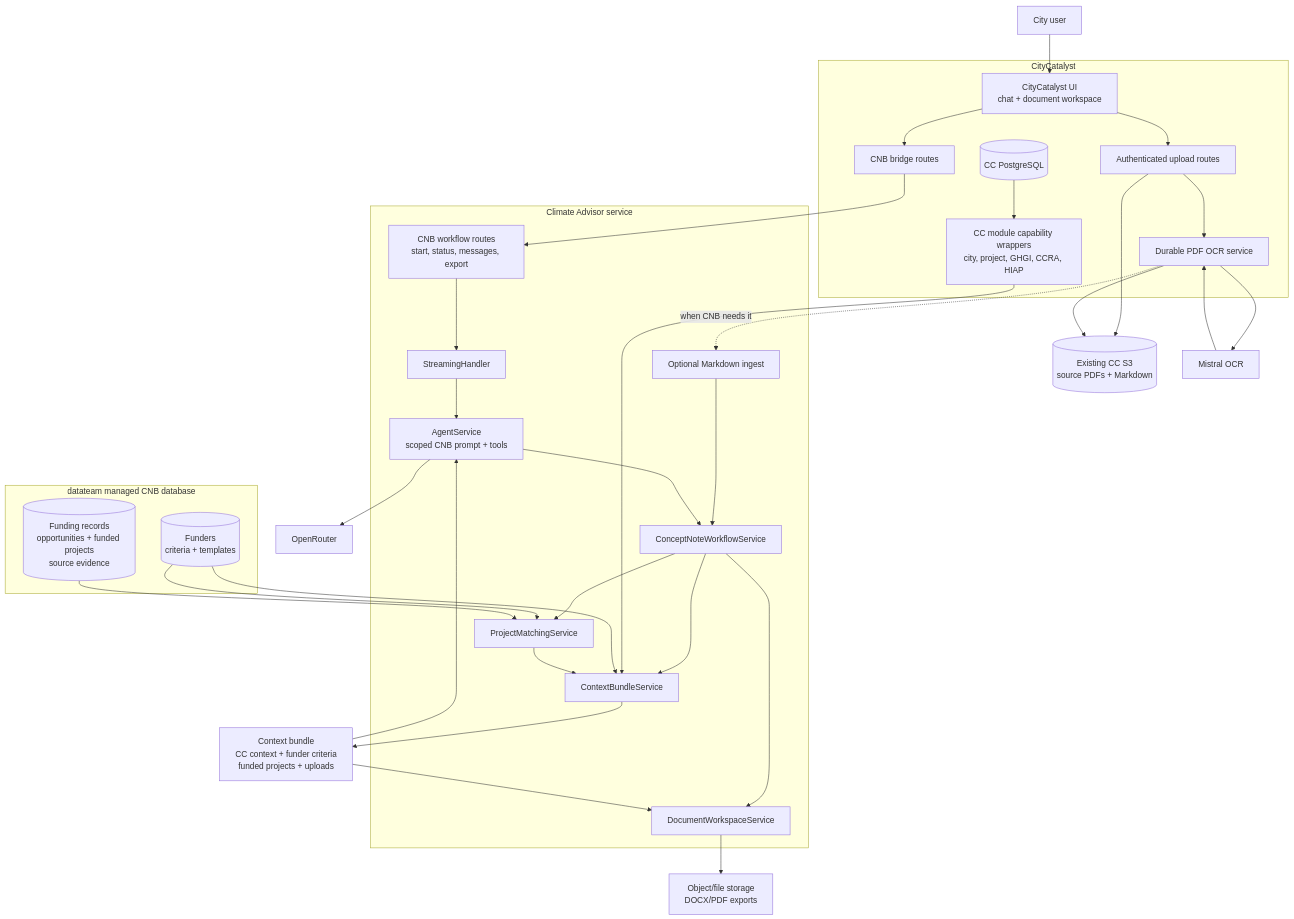
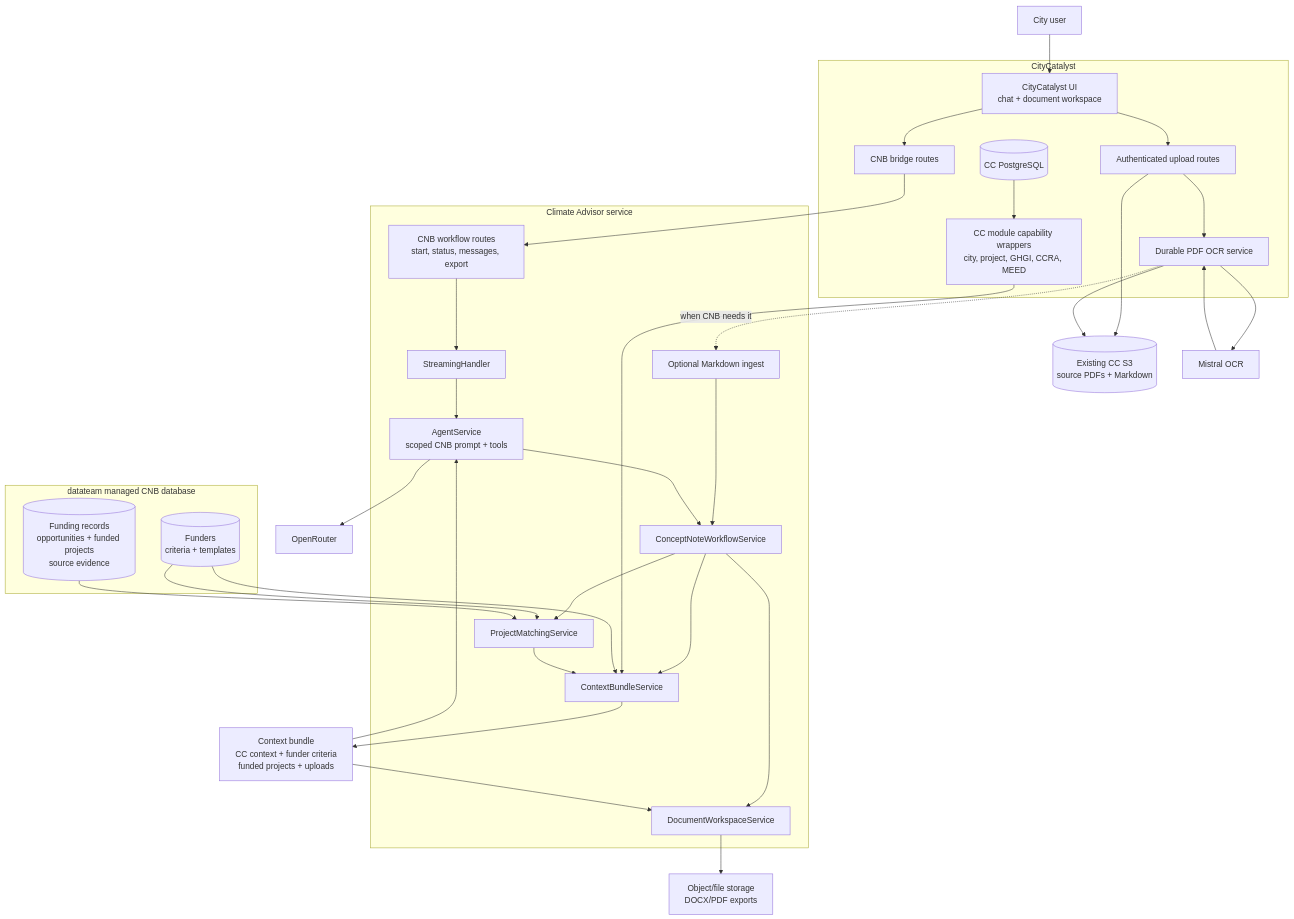
Before and after one commit to Open-Earth-Foundation/CityCatalyst: the first of 14 diagrams in docs/ConceptNoteBuilderArchitecture.md, drawn with Mermaid. The commit also changed other lines of this file and 14 other files, not shown here.

````diff
--- a/docs/ConceptNoteBuilderArchitecture.md
+++ b/docs/ConceptNoteBuilderArchitecture.md
@@ -72,64 +73,64 @@
 ```mermaid
 flowchart TB
     User["City user"] --> CCUI["CityCatalyst UI<br/>chat + document workspace"]
 
     subgraph CC["CityCatalyst"]
         CCUI
         CCBridge["CNB bridge routes"]
         CCUpload["Authenticated upload routes"]
         CCOCR["Durable PDF OCR service"]
-        CCCaps["CC module capability wrappers<br/>city, project, GHGI, CCRA, HIAP"]
+        CCCaps["CC module capability wrappers<br/>city, project, GHGI, CCRA, MEED"]
         CCData[("CC PostgreSQL")]
     end
 
     CCFiles[("Existing CC S3<br/>source PDFs + Markdown")]
     Mistral["Mistral OCR"]
 
     subgraph CA["Climate Advisor service"]
         CARoutes["CNB workflow routes<br/>start, status, messages, export"]
         MarkdownIngress["Optional Markdown ingest"]
         Stream["StreamingHandler"]
         Agent["AgentService<br/>scoped CNB prompt + tools"]
         CNBService["ConceptNoteWorkflowService"]
         ContextService["ContextBundleService"]
         DocService["DocumentWorkspaceService"]
         MatchService["ProjectMatchingService"]
     end
 
     subgraph CNBDB["datateam managed CNB database"]
         FunderDB[("Funders<br/>criteria + templates")]
         ProjectKB[("Funding records<br/>opportunities + funded projects<br/>source evidence")]
     end
 
     ContextBundle["Context bundle<br/>CC context + funder criteria<br/>funded projects + uploads"]
     OpenRouter["OpenRouter"]
     ExportStore["Object/file storage<br/>DOCX/PDF exports"]
 
     CCUI --> CCBridge
     CCUI --> CCUpload
     CCUpload --> CCFiles
     CCUpload --> CCOCR
     CCOCR --> Mistral
     Mistral --> CCOCR
     CCOCR --> CCFiles
     CCOCR -. "when CNB needs it" .-> MarkdownIngress
     MarkdownIngress --> CNBService
     CCBridge --> CARoutes
     CARoutes --> Stream
     Stream --> Agent
     Agent --> CNBService
     CNBService --> ContextService
     CNBService --> DocService
     CNBService --> MatchService
     CCData --> CCCaps
     CCCaps --> ContextService
     FunderDB --> ContextService
     FunderDB --> MatchService
     ProjectKB --> MatchService
     MatchService --> ContextService
     ContextService --> ContextBundle
     ContextBundle --> Agent
     ContextBundle --> DocService
     DocService --> ExportStore
     Agent --> OpenRouter
 ```
````
